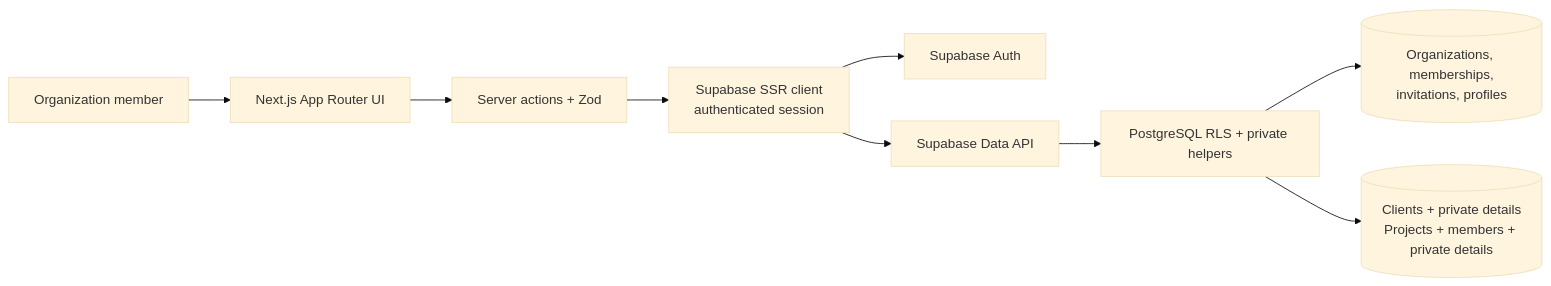
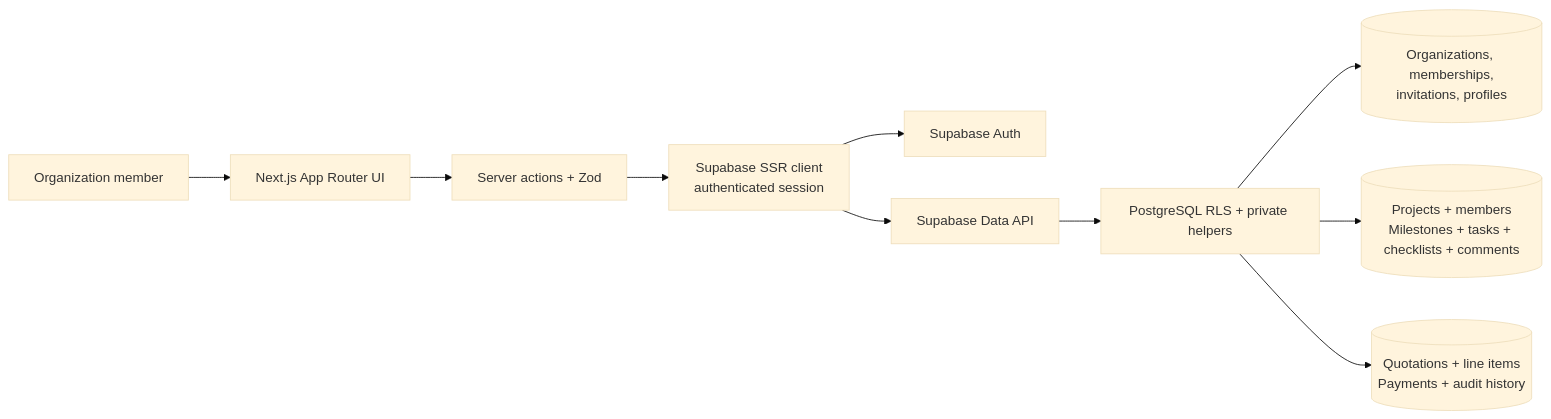
Before and after one commit to AhmedGhannam17/Startup-Management-System: the first of 2 diagrams in docs/ARCHITECTURE.md, drawn with Mermaid (base theme). The commit also changed other lines of this file and 44 other files, not shown here.

First line of the commit message:
implement phase 5 for quotations, payments, and audit history

````diff
--- a/docs/ARCHITECTURE.md
+++ b/docs/ARCHITECTURE.md
@@ -9,11 +9,12 @@
 ```mermaid
 flowchart LR
   member[Organization member] --> ui[Next.js App Router UI]
   ui --> actions[Server actions + Zod]
   actions --> session[Supabase SSR client<br/>authenticated session]
   session --> auth[Supabase Auth]
   session --> api[Supabase Data API]
   api --> rls[PostgreSQL RLS + private helpers]
   rls --> base[(Organizations, memberships,<br/>invitations, profiles)]
-  rls --> business[(Clients + private details<br/>Projects + members + private details)]
+  rls --> delivery[(Projects + members<br/>Milestones + tasks + checklists + comments)]
+  rls --> finance[(Quotations + line items<br/>Payments + audit history)]
 ```
````
